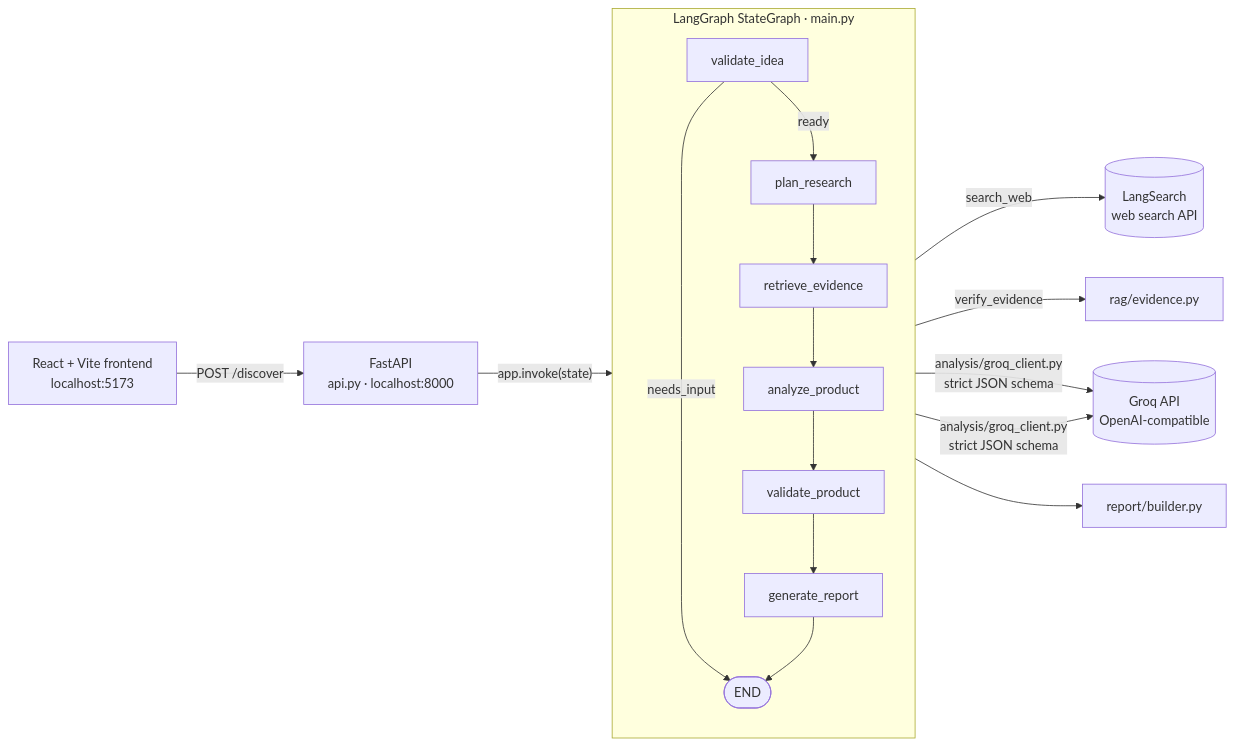
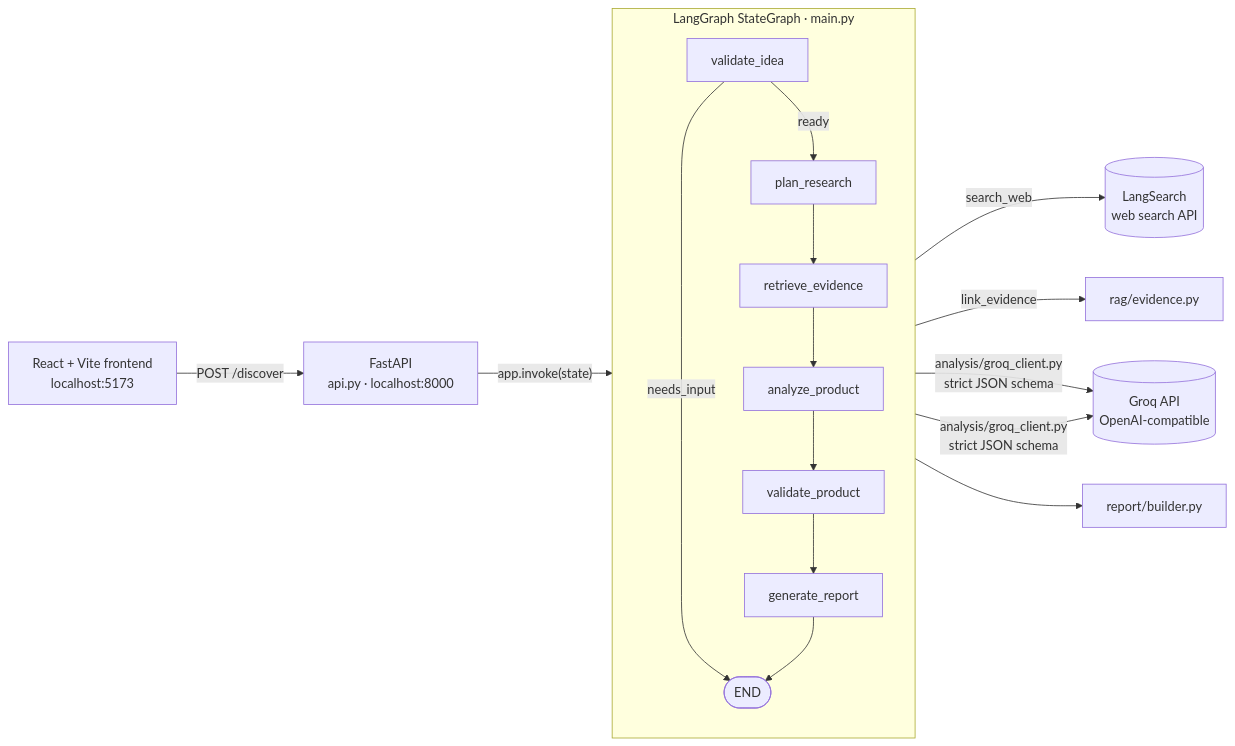
The diagram in README.md (Sourabhnamdev9981/product-discovery-validation-agent), drawn with Mermaid before and after one commit. The commit also changed other lines of this file and 18 other files, not shown here.

````diff
--- a/README.md
+++ b/README.md
@@ -132,22 +132,22 @@
 ```mermaid
 flowchart LR
     UI["React + Vite frontend<br/>localhost:5173"] -->|"POST /discover"| API["FastAPI<br/>api.py · localhost:8000"]
     API -->|"app.invoke(state)"| G
 
     subgraph G["LangGraph StateGraph · main.py"]
         direction TB
         V["validate_idea"] -->|ready| P["plan_research"]
         V -->|needs_input| E(["END"])
         P --> R["retrieve_evidence"]
         R --> A["analyze_product"]
         A --> VP["validate_product"]
         VP --> REP["generate_report"]
         REP --> E
     end
 
     R -->|"search_web"| WS[("LangSearch<br/>web search API")]
-    R -->|"verify_evidence"| EV["rag/evidence.py"]
+    R -->|"link_evidence"| EV["rag/evidence.py"]
     A -->|"analysis/groq_client.py<br/>strict JSON schema"| LLM[("Groq API<br/>OpenAI-compatible")]
     VP -->|"analysis/groq_client.py<br/>strict JSON schema"| LLM
     REP --> RB["report/builder.py"]
 ```
````
